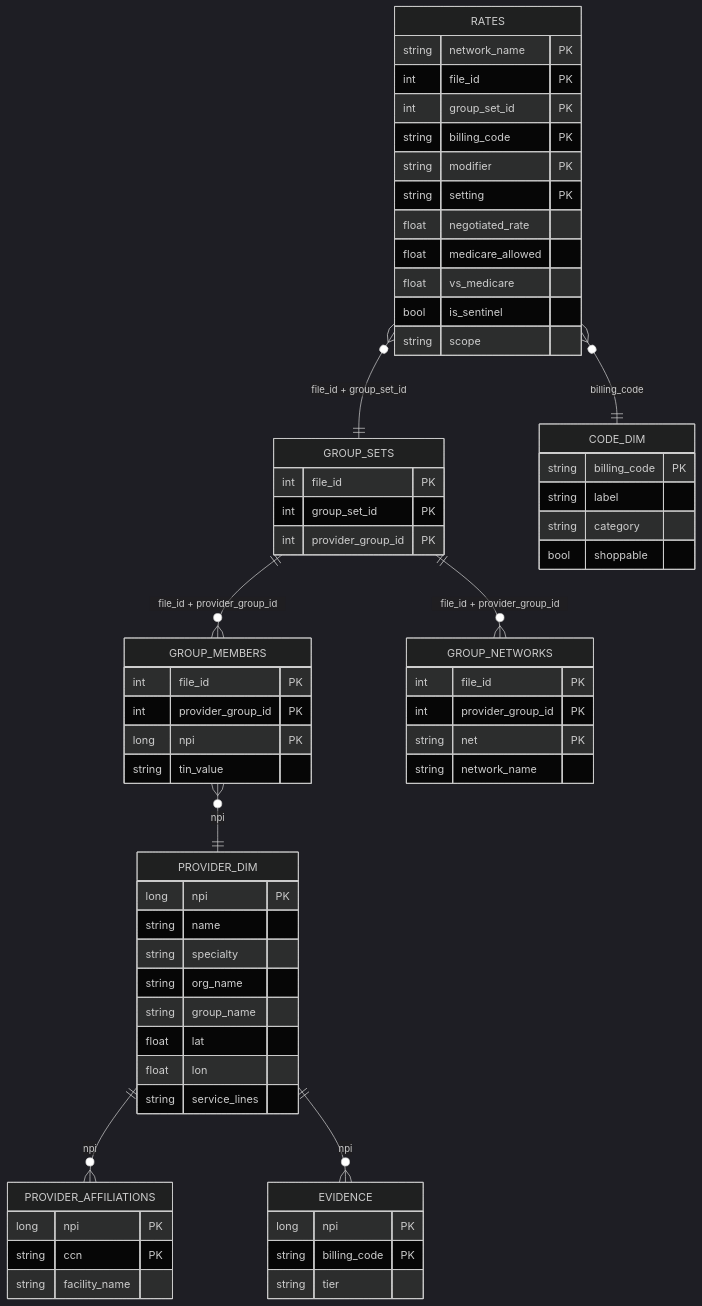
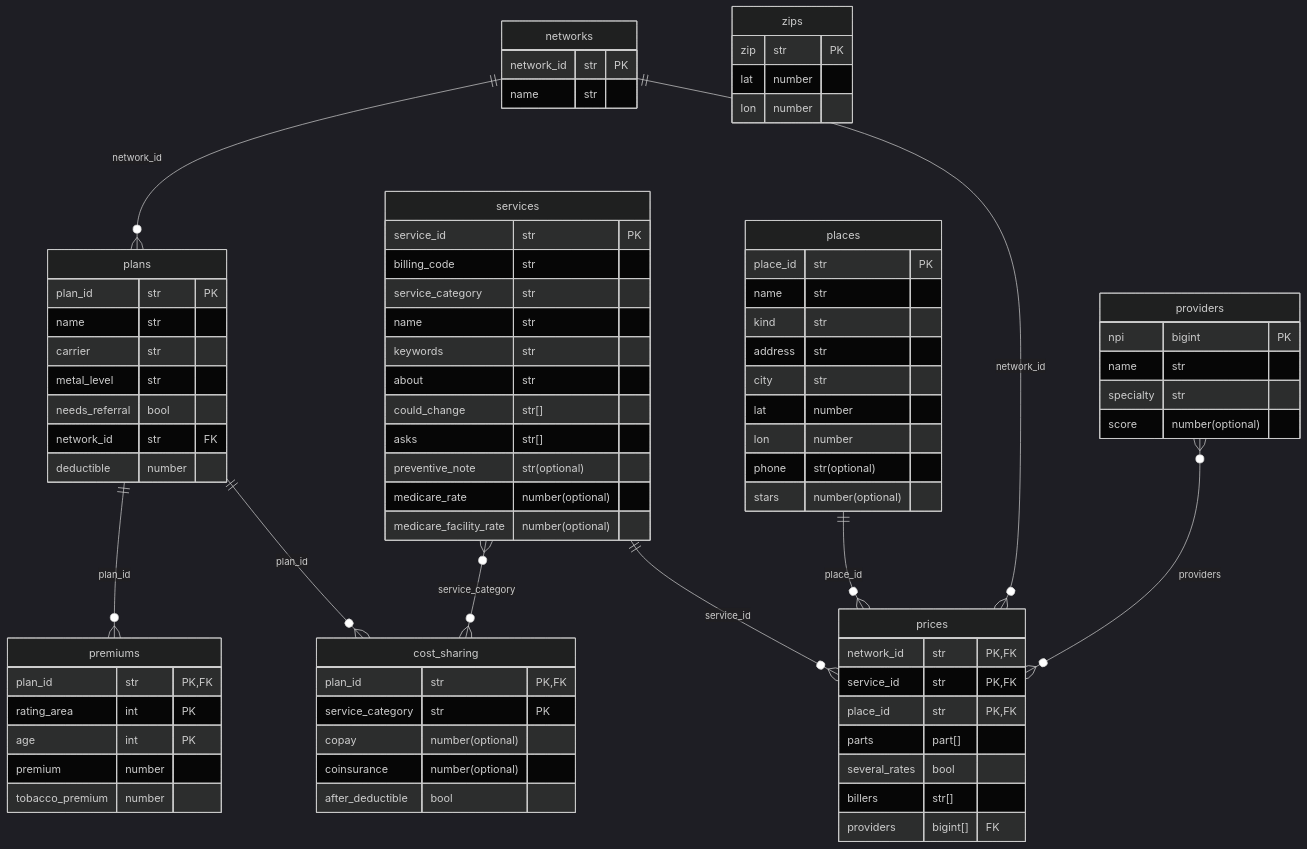
One commit to wmespi/honest-healthcare changed the second of 3 diagrams in docs/architecture.md. Above: the diagram before and after it, drawn with Mermaid (dark theme). The commit also changed other lines of this file and 24 other files, not shown here.

````diff
--- a/docs/architecture.md
+++ b/docs/architecture.md
@@ -66,66 +62,83 @@
 ```mermaid
 erDiagram
-  RATES }o--|| GROUP_SETS : "file_id + group_set_id"
-  GROUP_SETS ||--o{ GROUP_MEMBERS : "file_id + provider_group_id"
-  GROUP_SETS ||--o{ GROUP_NETWORKS : "file_id + provider_group_id"
-  GROUP_MEMBERS }o--|| PROVIDER_DIM : npi
-  PROVIDER_DIM ||--o{ PROVIDER_AFFILIATIONS : npi
-  RATES }o--|| CODE_DIM : billing_code
-  PROVIDER_DIM ||--o{ EVIDENCE : npi
-  RATES {
-    string network_name PK
-    int file_id PK
-    int group_set_id PK
-    string billing_code PK
-    string modifier PK
-    string setting PK
-    float negotiated_rate
-    float medicare_allowed
-    float vs_medicare
-    bool is_sentinel
-    string scope
-  }
-  GROUP_SETS {
-    int file_id PK
-    int group_set_id PK
-    int provider_group_id PK
-  }
-  GROUP_MEMBERS {
-    int file_id PK
-    int provider_group_id PK
-    long npi PK
-    string tin_value
-  }
-  GROUP_NETWORKS {
-    int file_id PK
-    int provider_group_id PK
-    string net PK
-    string network_name
-  }
-  PROVIDER_DIM {
-    long npi PK
-    string name
-    string specialty
-    string org_name
-    string group_name
-    float lat
-    float lon
-    string service_lines
-  }
-  PROVIDER_AFFILIATIONS {
-    long npi PK
-    string ccn PK
-    string facility_name
-  }
-  CODE_DIM {
-    string billing_code PK
-    string label
-    string category
-    bool shoppable
-  }
-  EVIDENCE {
-    long npi PK
-    string billing_code PK
-    string tier
-  }
+    plans {
+        plan_id str PK
+        name str
+        carrier str
+        metal_level str
+        needs_referral bool
+        network_id str FK
+        deductible number
+    }
+    cost_sharing {
+        plan_id str PK, FK
+        service_category str PK
+        copay number(optional)
+        coinsurance number(optional)
+        after_deductible bool
+    }
+    networks {
+        network_id str PK
+        name str
+    }
+    premiums {
+        plan_id str PK, FK
+        rating_area int PK
+        age int PK
+        premium number
+        tobacco_premium number
+    }
+    services {
+        service_id str PK
+        billing_code str
+        service_category str
+        name str
+        keywords str
+        about str
+        could_change str[]
+        asks str[]
+        preventive_note str(optional)
+        medicare_rate number(optional)
+        medicare_facility_rate number(optional)
+    }
+    prices {
+        network_id str PK, FK
+        service_id str PK, FK
+        place_id str PK, FK
+        parts part[]
+        several_rates bool
+        billers str[]
+        providers bigint[] FK
+    }
+    places {
+        place_id str PK
+        name str
+        kind str
+        address str
+        city str
+        lat number
+        lon number
+        phone str(optional)
+        stars number(optional)
+    }
+    providers {
+        npi bigint PK
+        name str
+        specialty str
+        score number(optional)
+    }
+    zips {
+        zip str PK
+        lat number
+        lon number
+    }
+
+    services ||--o{ prices : "service_id"
+    places ||--o{ prices : "place_id"
+    networks ||--o{ plans : "network_id"
+    plans ||--o{ premiums : "plan_id"
+    plans ||--o{ cost_sharing : "plan_id"
+    services }o--o{ cost_sharing : "service_category"
+    networks ||--o{ prices : "network_id"
+    providers }o--o{ prices : "providers"
 ```
````
